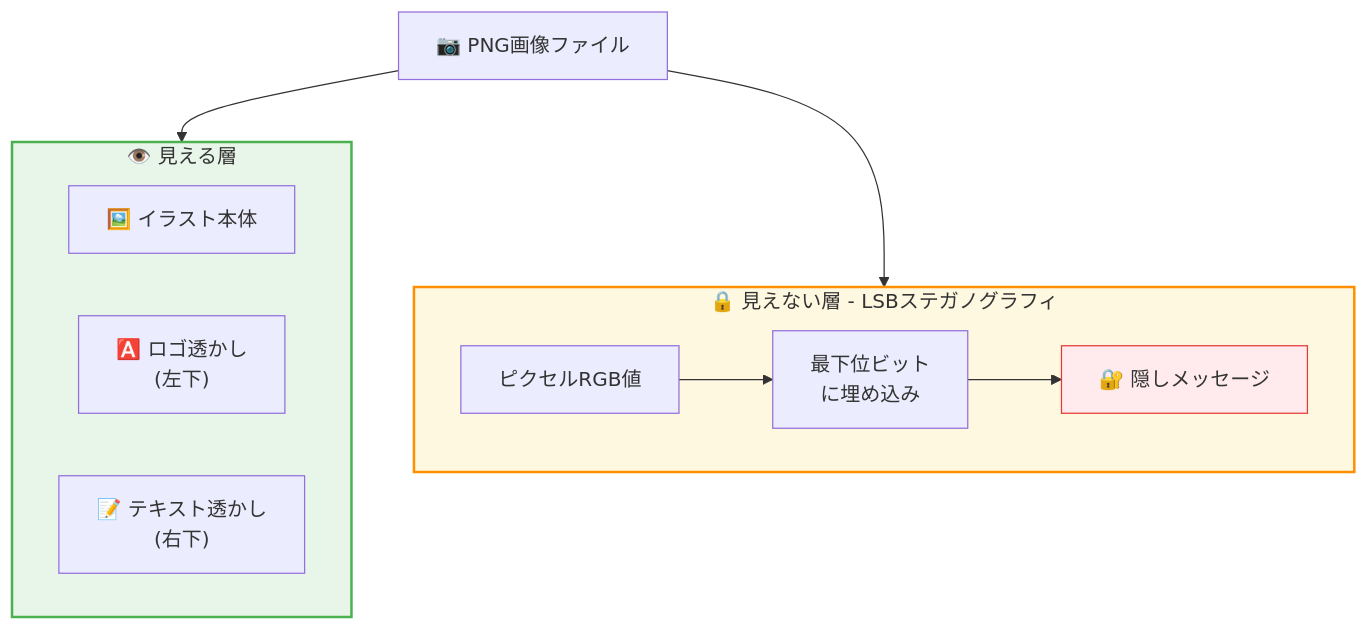
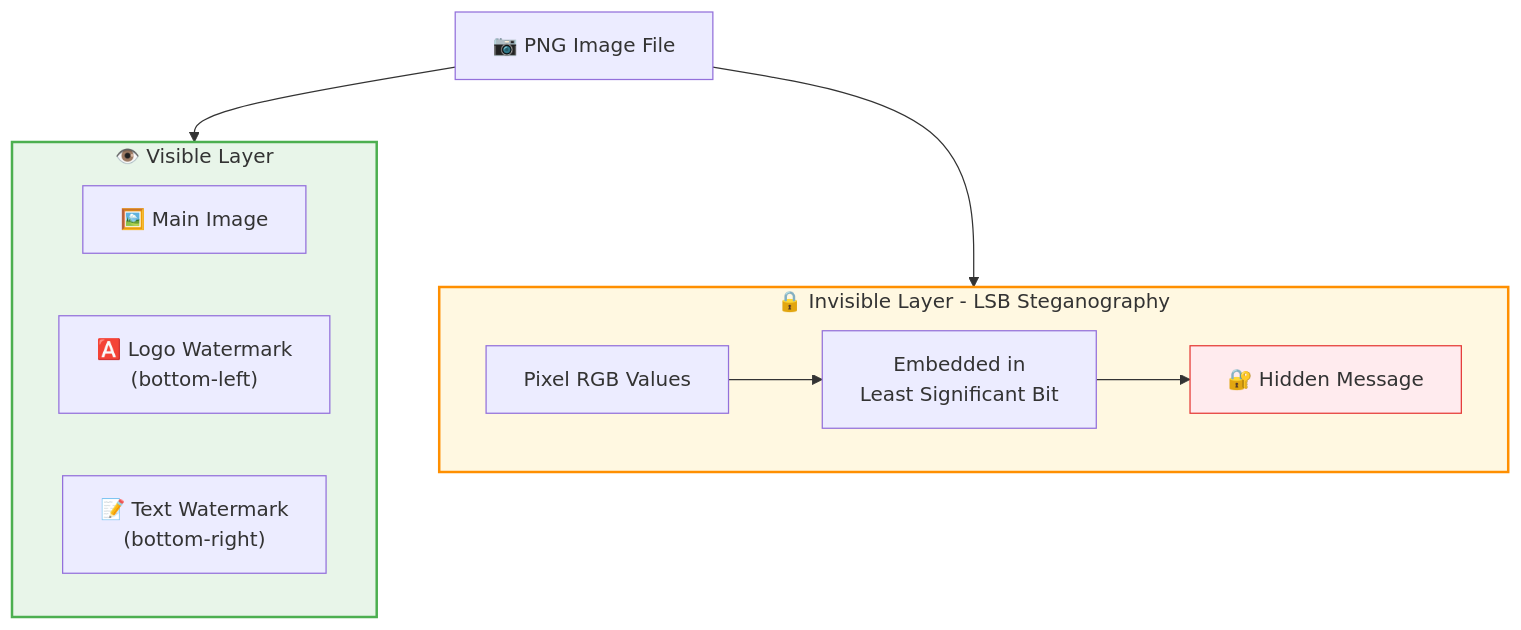
The first of 4 diagrams in README.md (aicuai/comfyui-save-image-watermark), drawn with Mermaid before and after one commit. The commit also changed other lines of this file and 1 other file, not shown here.

````diff
--- a/README.md
+++ b/README.md
@@ -9,25 +13,25 @@
 ```mermaid
 graph TB
-    subgraph visible["👁️ 見える層"]
+    subgraph visible["👁️ Visible Layer"]
         direction LR
-        V1["🖼️ イラスト本体"]
-        V2["🅰️ ロゴ透かし<br/>(左下)"]
-        V3["📝 テキスト透かし<br/>(右下)"]
+        V1["🖼️ Main Image"]
+        V2["🅰️ Logo Watermark<br/>(bottom-left)"]
+        V3["📝 Text Watermark<br/>(bottom-right)"]
     end
 
-    subgraph invisible["🔒 見えない層 - LSBステガノグラフィ"]
+    subgraph invisible["🔒 Invisible Layer - LSB Steganography"]
         direction LR
-        I1["ピクセルRGB値"]
-        I2["最下位ビット<br/>に埋め込み"]
-        I3["🔐 隠しメッセージ"]
+        I1["Pixel RGB Values"]
+        I2["Embedded in<br/>Least Significant Bit"]
+        I3["🔐 Hidden Message"]
         I1 --> I2 --> I3
     end
 
-    IMG["📷 PNG画像ファイル"]
+    IMG["📷 PNG Image File"]
     IMG --> visible
     IMG --> invisible
 
     style visible fill:#e8f5e9,stroke:#4caf50,stroke-width:2px
     style invisible fill:#fff8e1,stroke:#ff8f00,stroke-width:2px
     style I3 fill:#ffebee,stroke:#e53935
 ```
````
